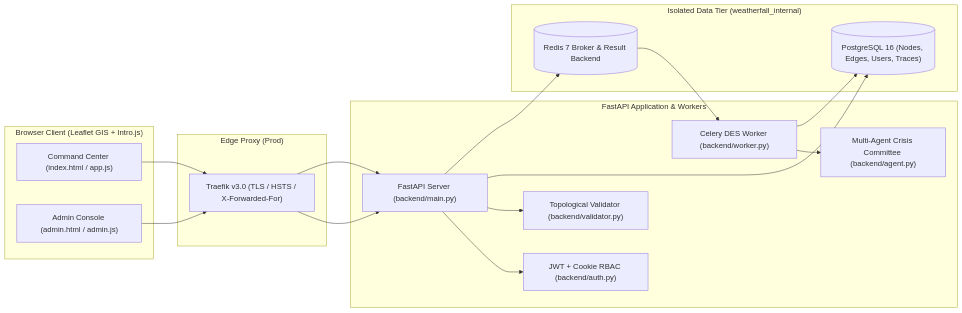
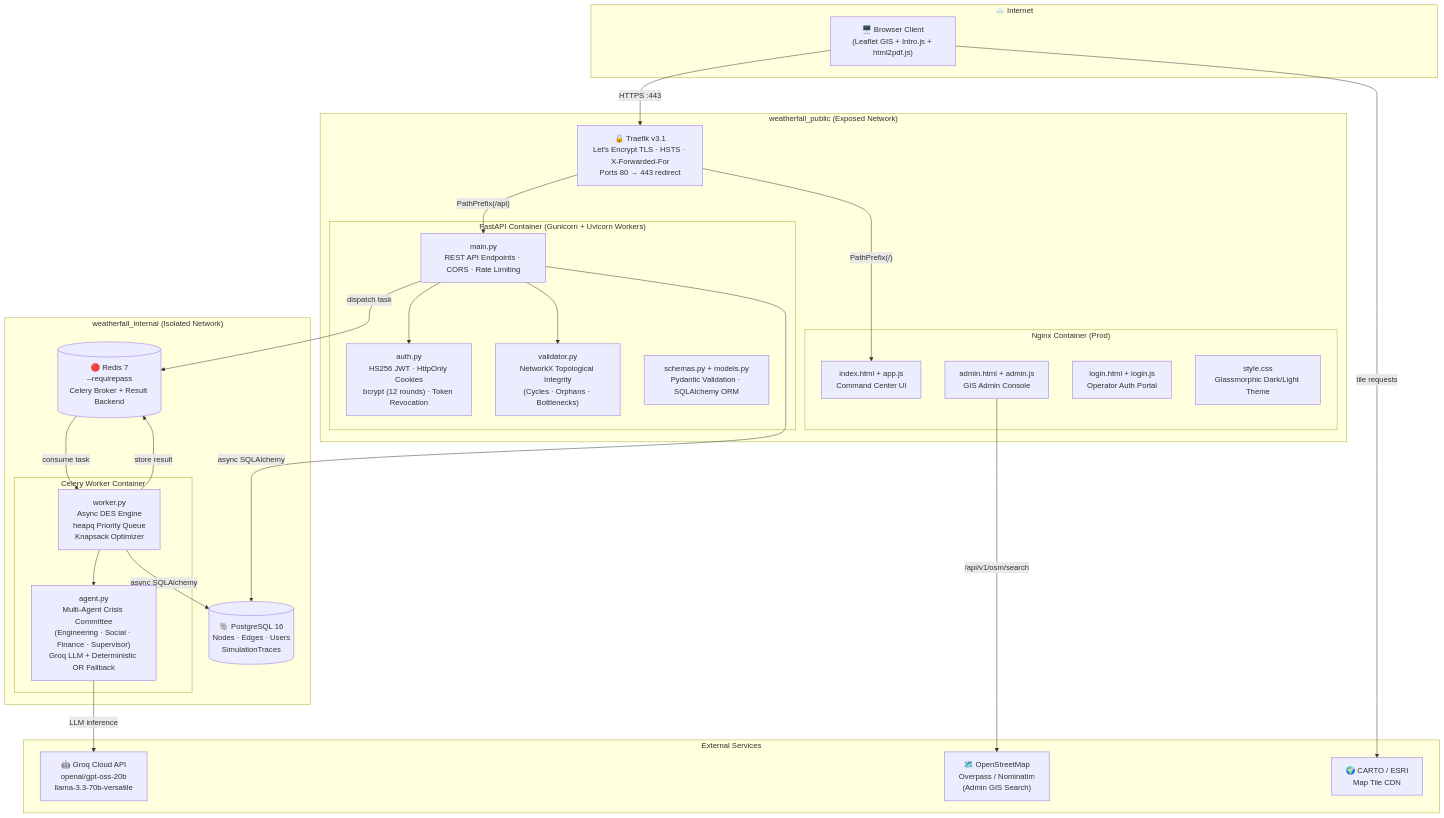
One commit to roberto3554/WeatherFall changed the first of 6 diagrams in README.md. Above: the diagram before and after it, drawn with Mermaid. The commit also changed other lines of this file, not shown here.

First line of the commit message:
docs(readme): add comprehensive 6-diagram system architecture section

````diff
--- a/README.md
+++ b/README.md
@@ -50,34 +54,55 @@
 ```mermaid
-flowchart LR
-    subgraph Client["Browser Client (Leaflet GIS + Intro.js)"]
-        UI["Command Center (index.html / app.js)"]
-        Admin["Admin Console (admin.html / admin.js)"]
+flowchart TB
+    subgraph Internet["☁️ Internet"]
+        Browser["🖥️ Browser Client<br/>(Leaflet GIS + Intro.js + html2pdf.js)"]
     end
 
-    subgraph Proxy["Edge Proxy (Prod)"]
-        Traefik["Traefik v3.0 (TLS / HSTS / X-Forwarded-For)"]
+    subgraph PublicNet["weatherfall_public (Exposed Network)"]
+        Traefik["🔒 Traefik v3.1<br/>Let's Encrypt TLS · HSTS · X-Forwarded-For<br/>Ports 80 → 443 redirect"]
+
+        subgraph FrontendContainer["Nginx Container (Prod)"]
+            FE_Index["index.html + app.js<br/>Command Center UI"]
+            FE_Admin["admin.html + admin.js<br/>GIS Admin Console"]
+            FE_Login["login.html + login.js<br/>Operator Auth Portal"]
+            FE_CSS["style.css<br/>Glassmorphic Dark/Light Theme"]
+        end
+
+        subgraph APIContainer["FastAPI Container (Gunicorn + Uvicorn Workers)"]
+            MainPy["main.py<br/>REST API Endpoints · CORS · Rate Limiting"]
+            AuthPy["auth.py<br/>HS256 JWT · HttpOnly Cookies<br/>bcrypt (12 rounds) · Token Revocation"]
+            ValidatorPy["validator.py<br/>NetworkX Topological Integrity<br/>(Cycles · Orphans · Bottlenecks)"]
+            SchemasPy["schemas.py + models.py<br/>Pydantic Validation · SQLAlchemy ORM"]
+        end
     end
 
-    subgraph Backend["FastAPI Application & Workers"]
-        API["FastAPI Server (backend/main.py)"]
-        Val["Topological Validator (backend/validator.py)"]
-        Auth["JWT + Cookie RBAC (backend/auth.py)"]
-        Worker["Celery DES Worker (backend/worker.py)"]
-        Committee["Multi-Agent Crisis Committee (backend/agent.py)"]
+    subgraph InternalNet["weatherfall_internal (Isolated Network)"]
+        subgraph CeleryContainer["Celery Worker Container"]
+            WorkerPy["worker.py<br/>Async DES Engine<br/>heapq Priority Queue<br/>Knapsack Optimizer"]
+            AgentPy["agent.py<br/>Multi-Agent Crisis Committee<br/>(Engineering · Social · Finance · Supervisor)<br/>Groq LLM + Deterministic OR Fallback"]
+        end
+
+        PG[("🐘 PostgreSQL 16<br/>Nodes · Edges · Users<br/>SimulationTraces")]
+        Redis[("🔴 Redis 7<br/>--requirepass<br/>Celery Broker + Result Backend")]
     end
 
-    subgraph Data["Isolated Data Tier (weatherfall_internal)"]
-        PG[("PostgreSQL 16 (Nodes, Edges, Users, Traces)")]
-        Redis[("Redis 7 Broker & Result Backend")]
+    subgraph ExternalAPIs["External Services"]
+        GroqAPI["🤖 Groq Cloud API<br/>openai/gpt-oss-20b<br/>llama-3.3-70b-versatile"]
+        OSM["🗺️ OpenStreetMap<br/>Overpass / Nominatim<br/>(Admin GIS Search)"]
+        CARTO["🌍 CARTO / ESRI<br/>Map Tile CDN"]
     end
 
-    UI --> Traefik --> API
-    Admin --> Traefik --> API
-    API --> Auth
-    API --> Val
-    API --> PG
-    API --> Redis
-    Redis --> Worker
-    Worker --> Committee
-    Worker --> PG
+    Browser -->|"HTTPS :443"| Traefik
+    Traefik -->|"PathPrefix(/api)"| MainPy
+    Traefik -->|"PathPrefix(/)"| FE_Index
+    MainPy --> AuthPy
+    MainPy --> ValidatorPy
+    MainPy -->|"async SQLAlchemy"| PG
+    MainPy -->|"dispatch task"| Redis
+    Redis -->|"consume task"| WorkerPy
+    WorkerPy --> AgentPy
+    WorkerPy -->|"async SQLAlchemy"| PG
+    WorkerPy -->|"store result"| Redis
+    AgentPy -->|"LLM inference"| GroqAPI
+    FE_Admin -->|"/api/v1/osm/search"| OSM
+    Browser -->|"tile requests"| CARTO
 ```
````
